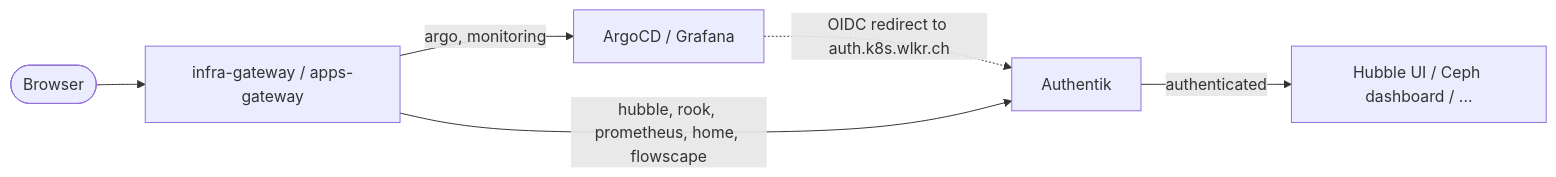
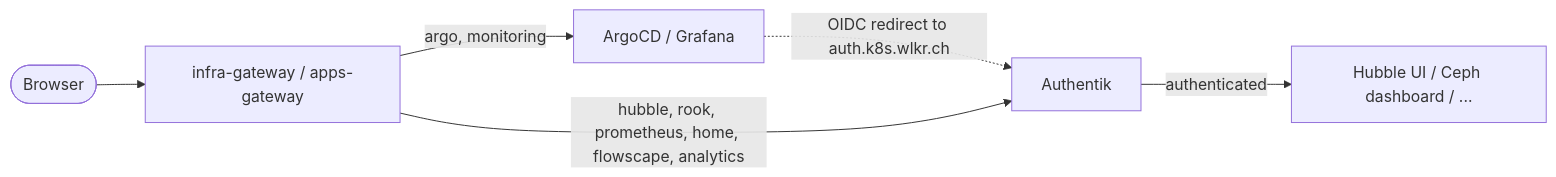
The diagram in docs/platform/authentik.md (JanWelker/homelab), drawn with Mermaid before and after one commit. The commit also changed other lines of this file and 4 other files, not shown here.

````diff
--- a/docs/platform/authentik.md
+++ b/docs/platform/authentik.md
@@ -41,8 +42,8 @@
 ```mermaid
 flowchart LR
     U([Browser]) --> GW[infra-gateway / apps-gateway]
     GW -->|argo, monitoring| APP[ArgoCD / Grafana]
     APP -.->|OIDC redirect to auth.k8s.wlkr.ch| AK[Authentik]
-    GW -->|hubble, rook, prometheus, home, flowscape| AK
+    GW -->|hubble, rook, prometheus, home, flowscape, analytics| AK
     AK -->|authenticated| BE[Hubble UI / Ceph dashboard / ...]
 ```
````
